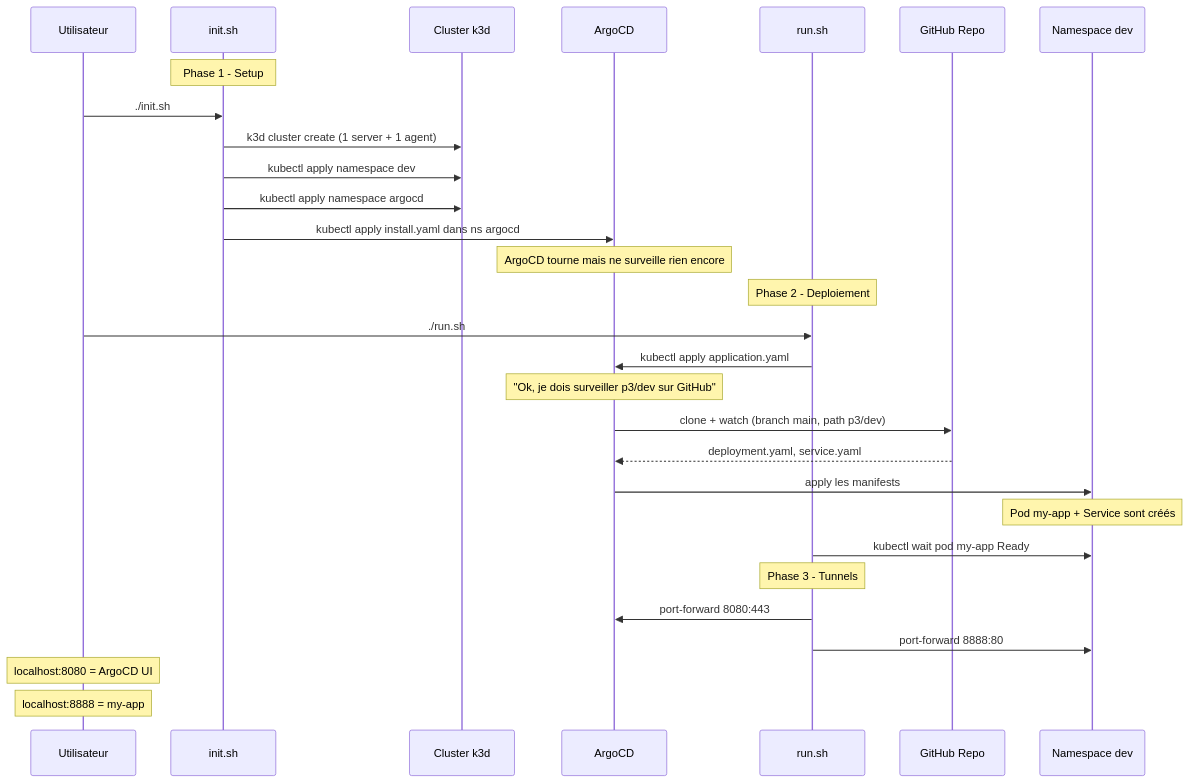
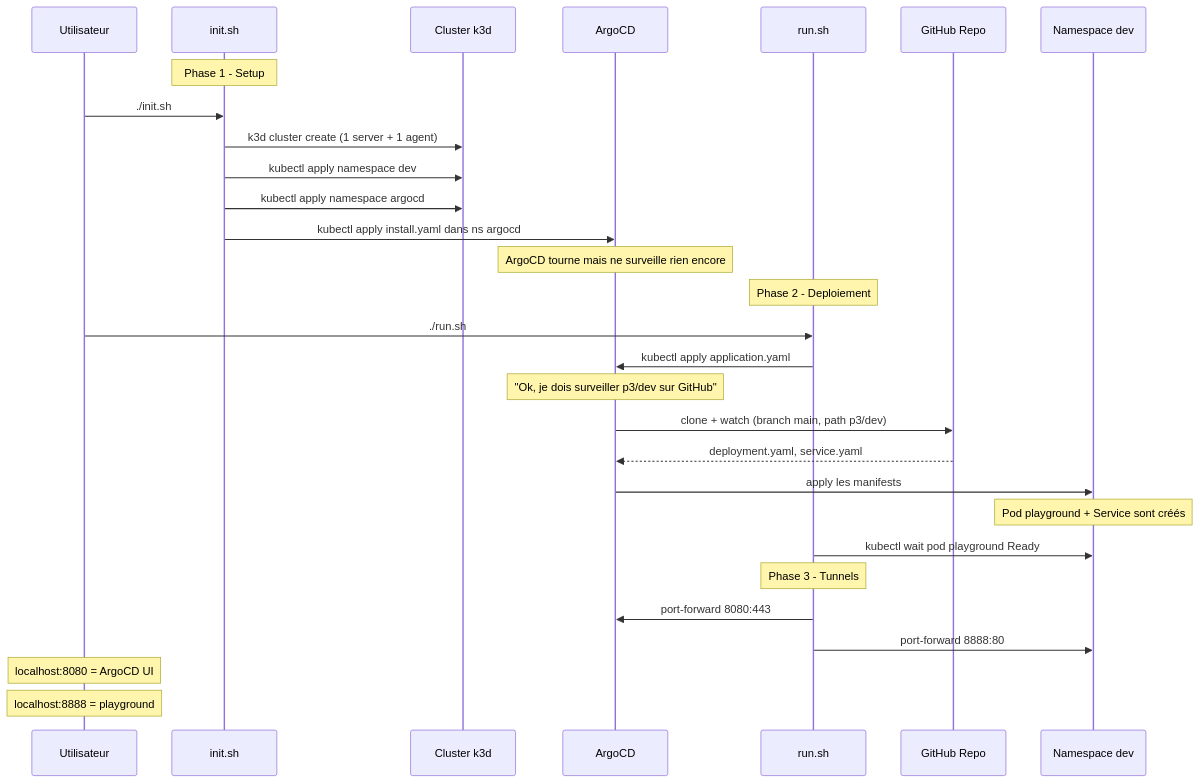
One commit to mlanglois26/42_inception_of_things changed the third of 4 diagrams in p3/README.md. Above: the diagram before and after it, drawn with Mermaid. The commit also changed other lines of this file and 3 other files, not shown here.

````diff
--- a/p3/README.md
+++ b/p3/README.md
@@ -236,34 +236,34 @@
 ```mermaid
 sequenceDiagram
     participant User as Utilisateur
     participant Init as init.sh
     participant K3D as Cluster k3d
     participant ArgoCD as ArgoCD
     participant Run as run.sh
     participant GitHub as GitHub Repo
     participant DevNS as Namespace dev
 
     Note over Init: Phase 1 - Setup
     User->>Init: ./init.sh
     Init->>K3D: k3d cluster create (1 server + 1 agent)
     Init->>K3D: kubectl apply namespace dev
     Init->>K3D: kubectl apply namespace argocd
     Init->>ArgoCD: kubectl apply install.yaml dans ns argocd
     Note over ArgoCD: ArgoCD tourne mais ne surveille rien encore
 
     Note over Run: Phase 2 - Deploiement
     User->>Run: ./run.sh
     Run->>ArgoCD: kubectl apply application.yaml
     Note over ArgoCD: "Ok, je dois surveiller p3/dev sur GitHub"
     ArgoCD->>GitHub: clone + watch (branch main, path p3/dev)
     GitHub-->>ArgoCD: deployment.yaml, service.yaml
     ArgoCD->>DevNS: apply les manifests
-    Note over DevNS: Pod my-app + Service sont créés
-    Run->>DevNS: kubectl wait pod my-app Ready
+    Note over DevNS: Pod playground + Service sont créés
+    Run->>DevNS: kubectl wait pod playground Ready
 
     Note over Run: Phase 3 - Tunnels
     Run->>ArgoCD: port-forward 8080:443
     Run->>DevNS: port-forward 8888:80
     Note over User: localhost:8080 = ArgoCD UI
-    Note over User: localhost:8888 = my-app
+    Note over User: localhost:8888 = playground
 ```
````
